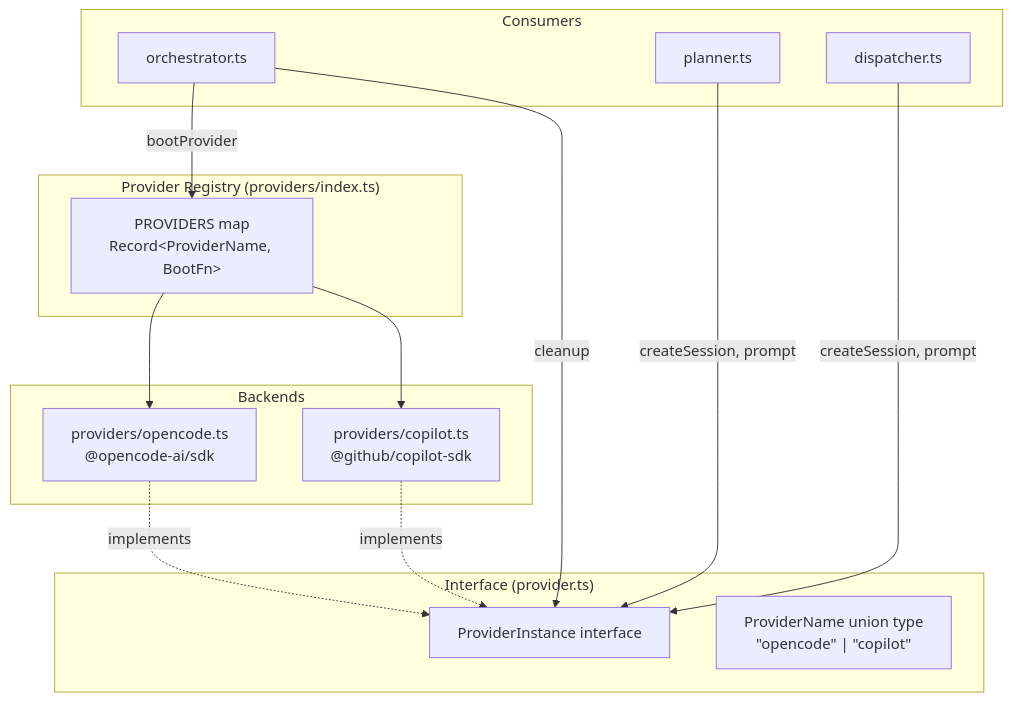
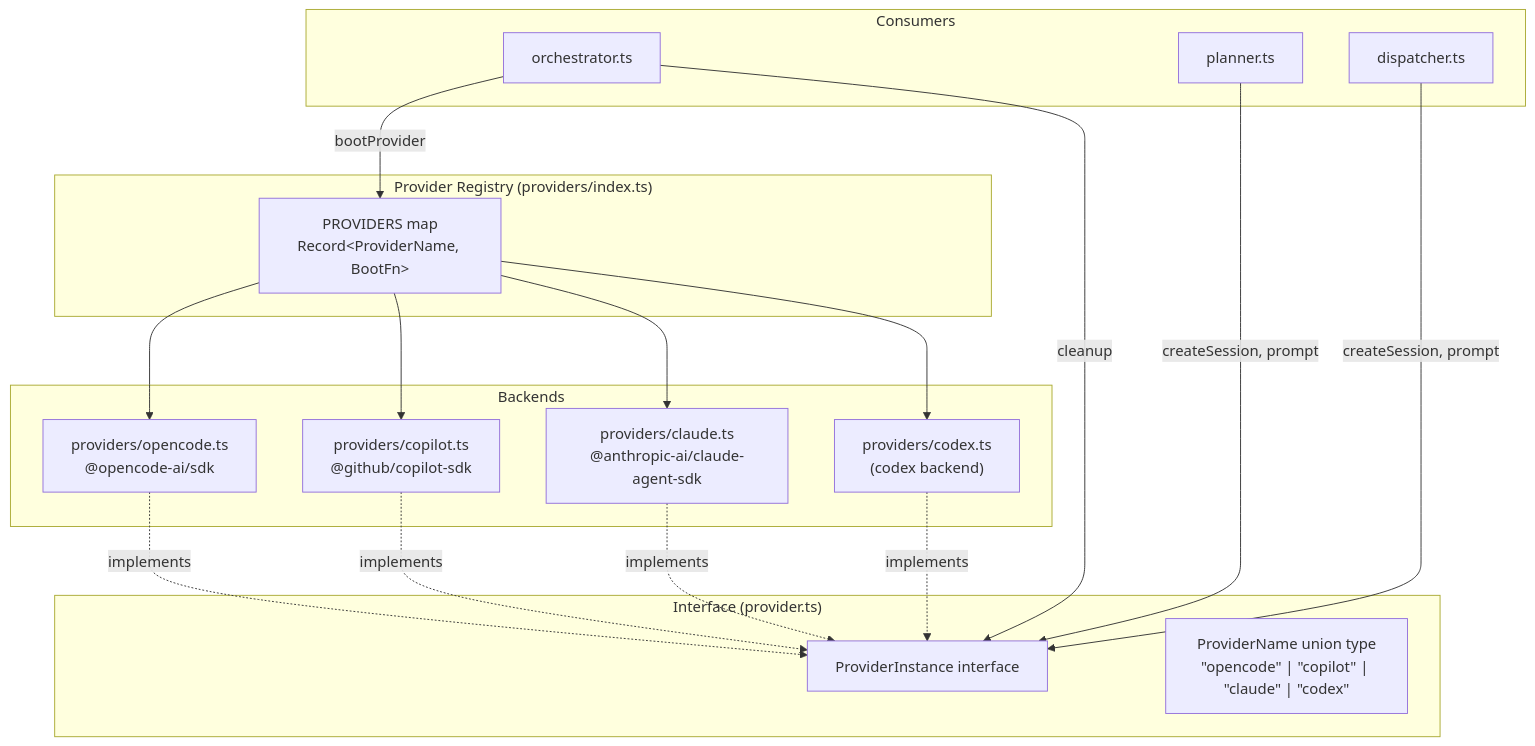
The third of 3 diagrams in docs/provider-system/provider-overview.md (PatrickRuddiman/Dispatch), drawn with Mermaid before and after one commit. The commit also changed other lines of this file and 66 other files, not shown here.

````diff
--- a/docs/provider-system/provider-overview.md
+++ b/docs/provider-system/provider-overview.md
@@ -127,31 +129,37 @@
 ```mermaid
 graph TD
     subgraph "Provider Registry (providers/index.ts)"
         REG["PROVIDERS map<br/>Record&lt;ProviderName, BootFn&gt;"]
     end
 
     subgraph "Interface (provider.ts)"
         IF["ProviderInstance interface"]
-        PN["ProviderName union type<br/>&quot;opencode&quot; | &quot;copilot&quot;"]
+        PN["ProviderName union type<br/>&quot;opencode&quot; | &quot;copilot&quot; | &quot;claude&quot; | &quot;codex&quot;"]
     end
 
     subgraph "Backends"
         OC["providers/opencode.ts<br/>@opencode-ai/sdk"]
         CP["providers/copilot.ts<br/>@github/copilot-sdk"]
+        CL["providers/claude.ts<br/>@anthropic-ai/claude-agent-sdk"]
+        CX["providers/codex.ts<br/>(codex backend)"]
     end
 
     subgraph "Consumers"
         ORCH["orchestrator.ts"]
         PLAN["planner.ts"]
         DISP["dispatcher.ts"]
     end
 
     REG --> OC
     REG --> CP
+    REG --> CL
+    REG --> CX
     OC -.->|implements| IF
     CP -.->|implements| IF
+    CL -.->|implements| IF
+    CX -.->|implements| IF
     ORCH -->|bootProvider| REG
     PLAN -->|createSession, prompt| IF
     DISP -->|createSession, prompt| IF
     ORCH -->|cleanup| IF
 ```
````
